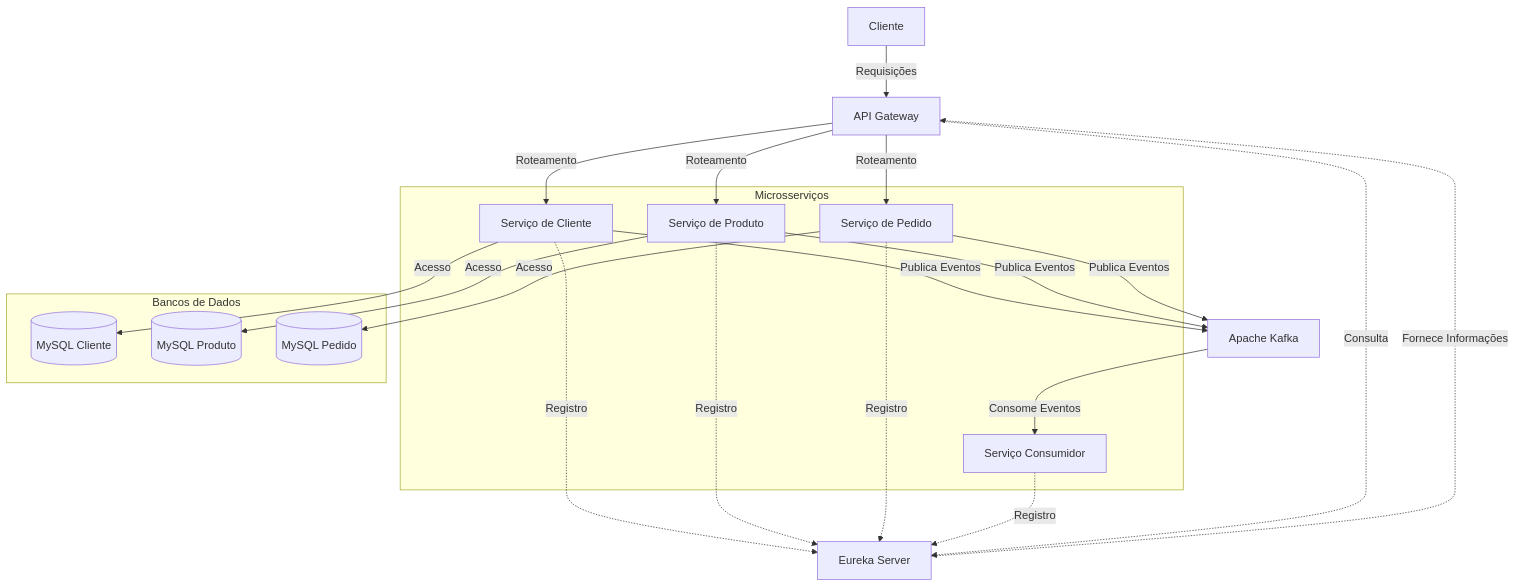
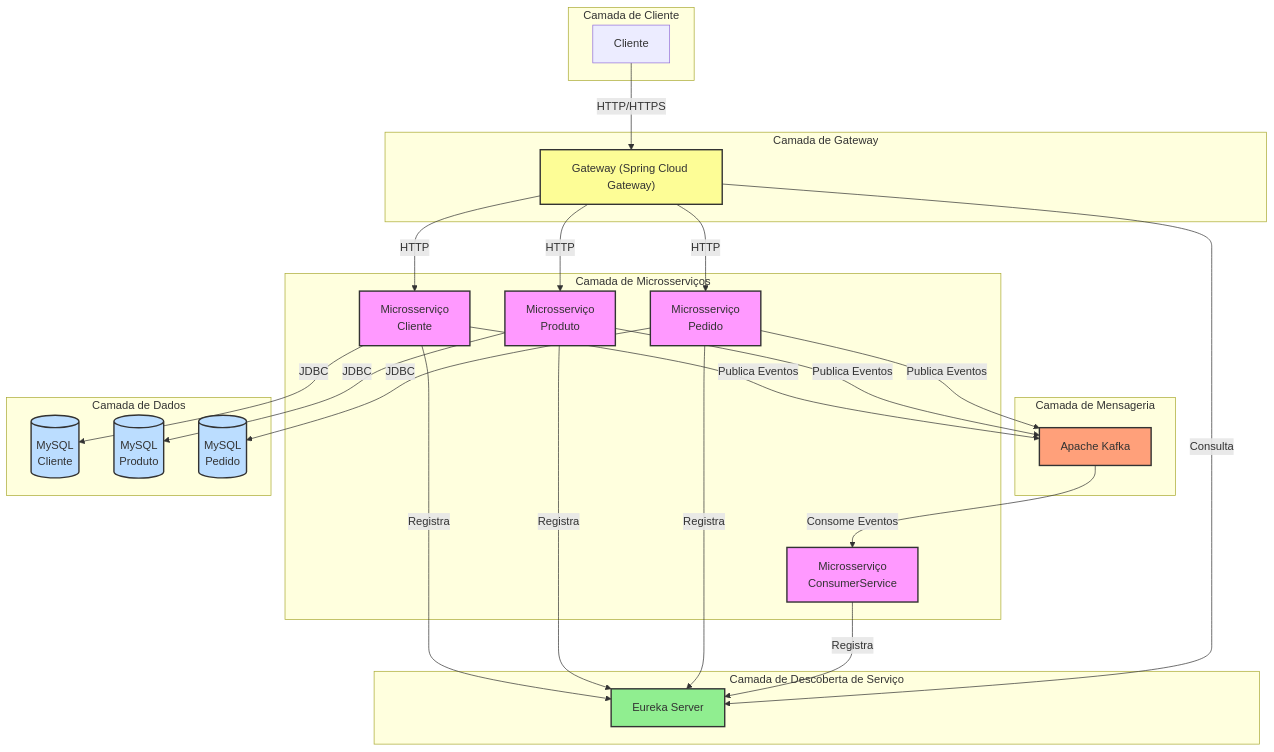
One commit to norberto-enomoto/eda-spring-boot-apache-kafka changed the diagram in README.md. Above: the diagram before and after it, drawn with Mermaid. The commit also changed 7 other files, not shown here.

````diff
--- a/README.md
+++ b/README.md
@@ -3,43 +3,62 @@
 ```mermaid
 graph TB
-    Client[Cliente]
-    APIGateway[API Gateway]
-    Eureka[Eureka Server]
-    
-    subgraph Microsserviços
-        CustomerService[Serviço de Cliente]
-        ProductService[Serviço de Produto]
-        OrderService[Serviço de Pedido]
-        ConsumerService[Serviço Consumidor]
+    subgraph "Camada de Cliente"
+        Client[Cliente]
     end
-    
-    subgraph Bancos de Dados
-        CustomerDB[(MySQL Cliente)]
-        ProductDB[(MySQL Produto)]
-        OrderDB[(MySQL Pedido)]
+
+    subgraph "Camada de Gateway"
+        APIGW["Gateway (Spring Cloud Gateway)"]
     end
-    
-    Kafka[Apache Kafka]
-    
-    Client -->|Requisições| APIGateway
-    APIGateway -->|Roteamento| CustomerService
-    APIGateway -->|Roteamento| ProductService
-    APIGateway -->|Roteamento| OrderService
-    
-    CustomerService -->|Acesso| CustomerDB
-    ProductService -->|Acesso| ProductDB
-    OrderService -->|Acesso| OrderDB
-    
-    CustomerService -->|Publica Eventos| Kafka
-    ProductService -->|Publica Eventos| Kafka
-    OrderService -->|Publica Eventos| Kafka
-    Kafka -->|Consome Eventos| ConsumerService
-    
-    CustomerService -.->|Registro| Eureka
-    ProductService -.->|Registro| Eureka
-    OrderService -.->|Registro| Eureka
-    ConsumerService -.->|Registro| Eureka
-    APIGateway -.->|Consulta| Eureka
 
-    Eureka -.->|Fornece Informações| APIGateway
+    subgraph "Camada de Descoberta de Serviço"
+        Eureka[Eureka Server]
+    end
+
+    subgraph "Camada de Microsserviços"
+        MS1[Microsserviço <br>Cliente]
+        MS2[Microsserviço <br>Produto]
+        MS3[Microsserviço <br>Pedido]
+        MS4[Microsserviço <br>ConsumerService]
+    end
+
+    subgraph "Camada de Mensageria"
+        Kafka[Apache Kafka]
+    end
+
+    subgraph "Camada de Dados"
+        DB1[(MySQL<br>Cliente)]
+        DB2[(MySQL<br>Produto)]
+        DB3[(MySQL<br>Pedido)]
+    end
+
+    Client -->|HTTP/HTTPS| APIGW
+    APIGW -->|HTTP| MS1
+    APIGW -->|HTTP| MS2
+    APIGW -->|HTTP| MS3
+
+    MS1 -->|Registra| Eureka
+    MS2 -->|Registra| Eureka
+    MS3 -->|Registra| Eureka
+    MS4 -->|Registra| Eureka
+    APIGW -->|Consulta| Eureka
+
+    MS1 -->|Publica Eventos| Kafka
+    MS2 -->|Publica Eventos| Kafka
+    MS3 -->|Publica Eventos| Kafka
+    Kafka -->|Consome Eventos| MS4
+
+    MS1 -->|JDBC| DB1
+    MS2 -->|JDBC| DB2
+    MS3 -->|JDBC| DB3
+
+    classDef microservice fill:#f9f,stroke:#333,stroke-width:2px;
+    classDef database fill:#bdf,stroke:#333,stroke-width:2px;
+    classDef gateway fill:#fdfd96,stroke:#333,stroke-width:2px;
+    classDef discovery fill:#90EE90,stroke:#333,stroke-width:2px;
+    classDef messaging fill:#FFA07A,stroke:#333,stroke-width:2px;
+    class MS1,MS2,MS3,MS4 microservice;
+    class DB1,DB2,DB3 database;
+    class APIGW gateway;
+    class Eureka discovery;
+    class Kafka messaging;
 ```
````
